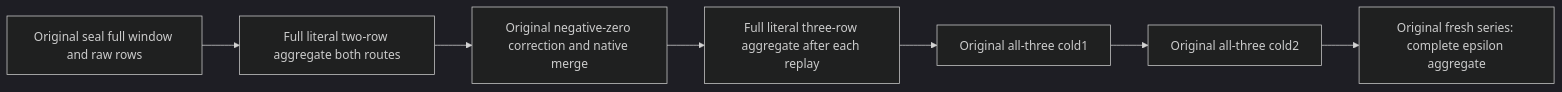
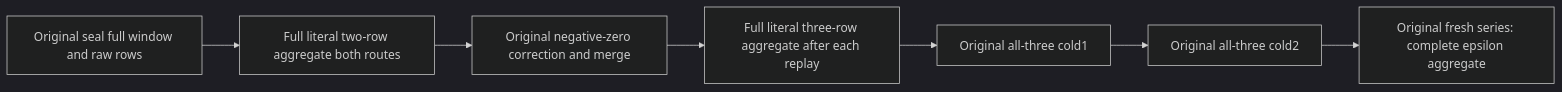
The diagram in docs/Features/TimeSeries/SubnormalWholeAggregatePublic.md (managedcode/KeyLoad), drawn with Mermaid (dark theme) before and after one commit. The commit also changed other lines of this file and 9016 other files, not shown here.

````diff
--- a/docs/Features/TimeSeries/SubnormalWholeAggregatePublic.md
+++ b/docs/Features/TimeSeries/SubnormalWholeAggregatePublic.md
@@ -19,9 +19,9 @@
 ```mermaid
 flowchart LR
   Seal[Original seal full window and raw rows] --> A[Full literal two-row aggregate both routes]
-  A --> Merge[Original negative-zero correction and native merge]
+  A --> Merge[Original negative-zero correction and merge]
   Merge --> B[Full literal three-row aggregate after each replay]
   B --> Cold1[Original all-three cold1]
   Cold1 --> Cold2[Original all-three cold2]
   Cold2 --> Healthy[Original fresh series: complete epsilon aggregate]
 ```
````
